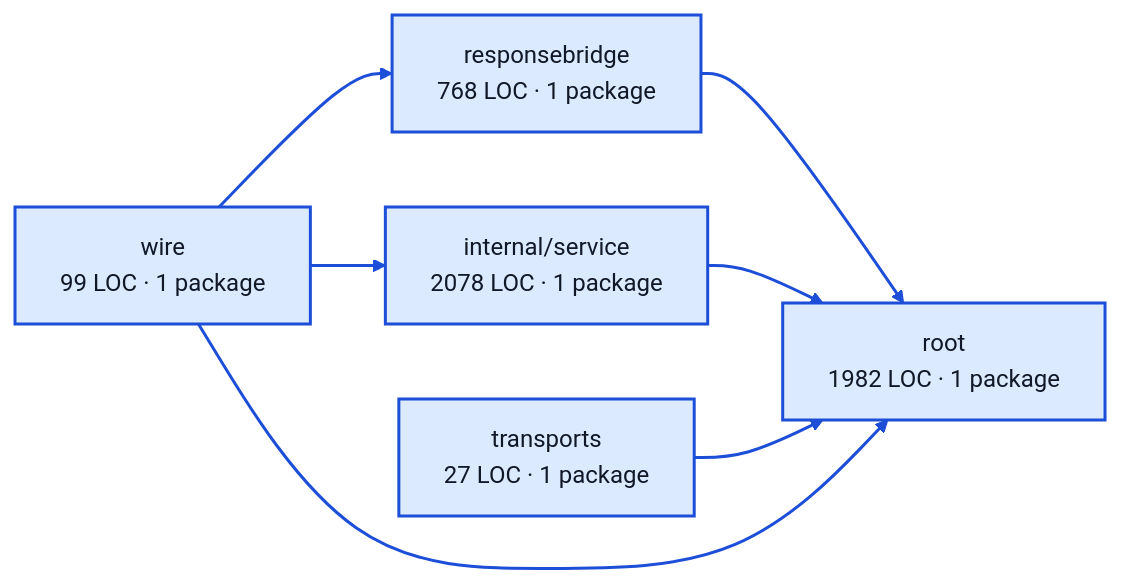
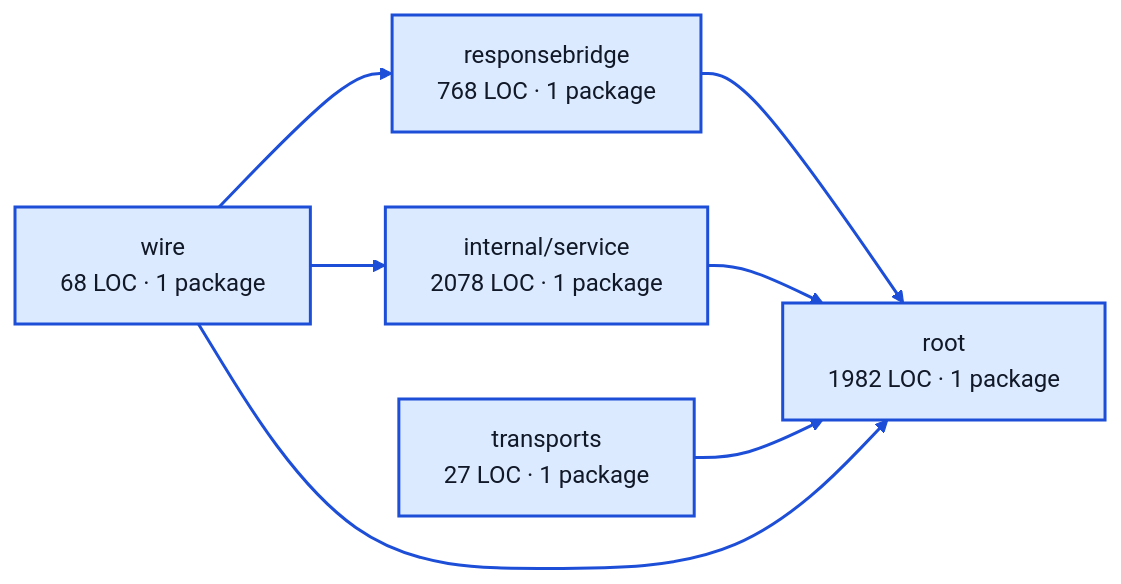
The diagram in docs/architecture/visualizations/services/chat_sessions.md (portpowered/you-agent-factory), drawn with Mermaid (forest theme) before and after one commit. The commit also changed other lines of this file and 20 other files, not shown here.

Commit message:
docs: refresh backend architecture visualizations

````diff
--- a/docs/architecture/visualizations/services/chat_sessions.md
+++ b/docs/architecture/visualizations/services/chat_sessions.md
@@ -11,20 +11,20 @@
 ```mermaid
 flowchart LR
   p0["responsebridge<br/>768 LOC · 1 package"]
   p1["internal/service<br/>2078 LOC · 1 package"]
   p2["root<br/>1982 LOC · 1 package"]
   p3["transports<br/>27 LOC · 1 package"]
-  p4["wire<br/>99 LOC · 1 package"]
+  p4["wire<br/>68 LOC · 1 package"]
   p0 --> p2
   p1 --> p2
   p3 --> p2
   p4 --> p0
   p4 --> p1
   p4 --> p2
   style p0 fill:#dbeafe,stroke:#1d4ed8,stroke-width:2px,color:#111827
   style p1 fill:#dbeafe,stroke:#1d4ed8,stroke-width:2px,color:#111827
   style p2 fill:#dbeafe,stroke:#1d4ed8,stroke-width:2px,color:#111827
   style p3 fill:#dbeafe,stroke:#1d4ed8,stroke-width:2px,color:#111827
   style p4 fill:#dbeafe,stroke:#1d4ed8,stroke-width:2px,color:#111827
   linkStyle default stroke:#1d4ed8,stroke-width:2px
 ```
````
